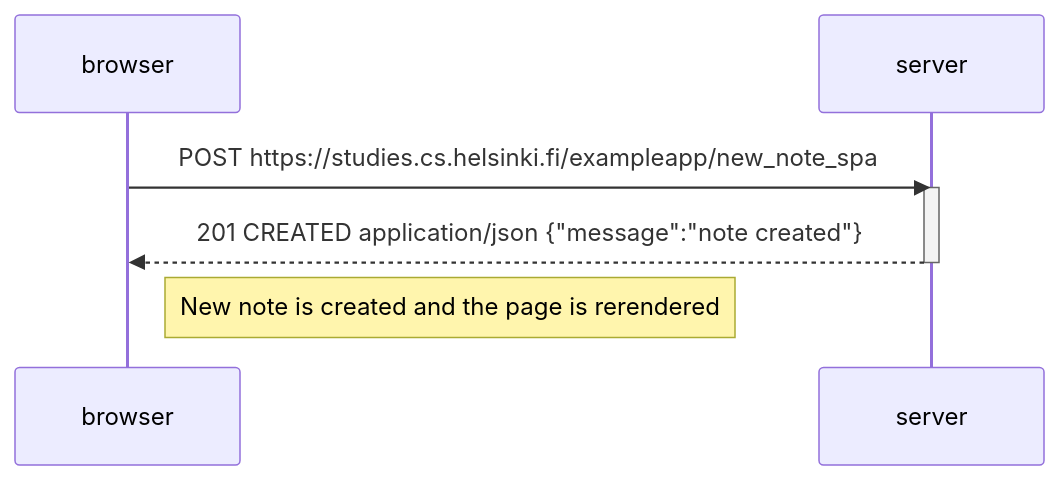
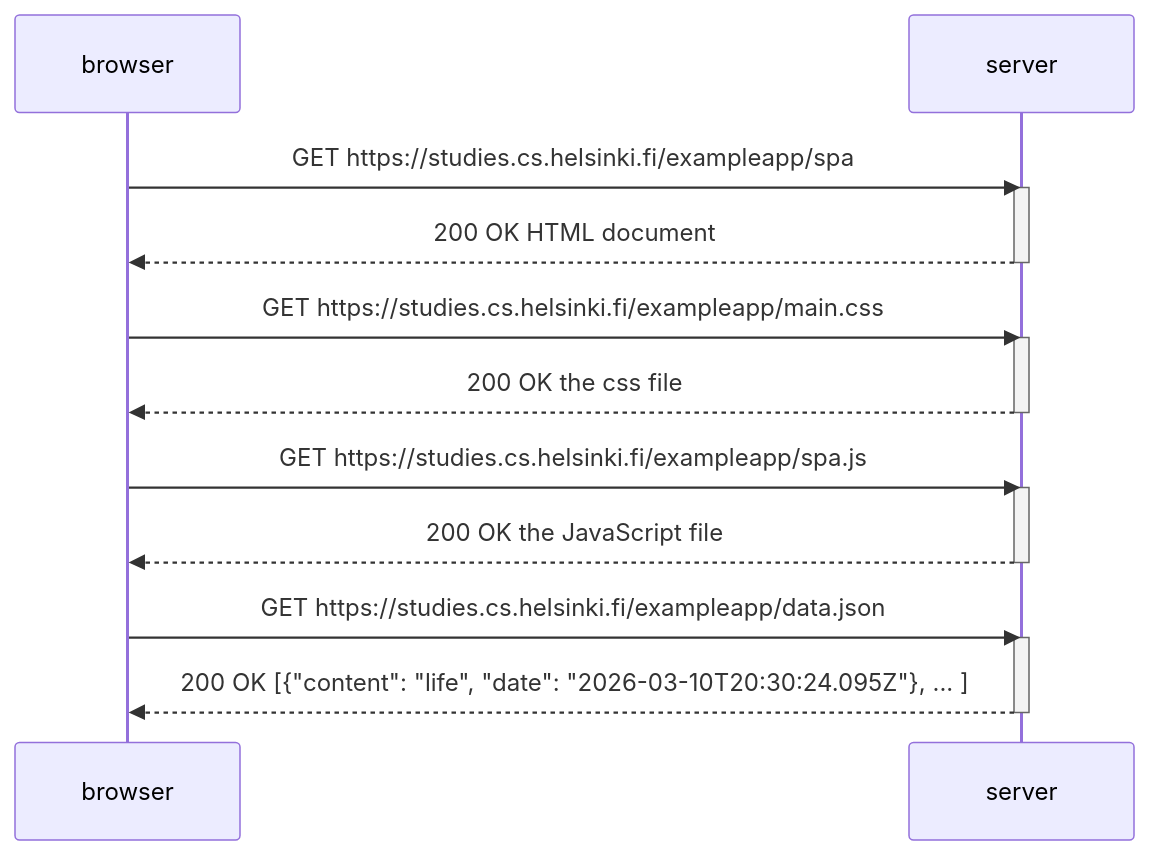
Before and after one commit to mariia-lavreniuk-ocl/full-stack-open-course: the diagram in part0/ex-5-single-page-app-diagram/sequenceDiagram.md, drawn with Mermaid. The commit also changed 1 other file, not shown here.

Commit message:
part 0.5 edited

````diff
--- a/part0/ex-5-single-page-app-diagram/sequenceDiagram.md
+++ b/part0/ex-5-single-page-app-diagram/sequenceDiagram.md
@@ -1,12 +1,25 @@
 ```mermaid
 sequenceDiagram
     participant browser
     participant server
 
-    browser->>server: POST https://studies.cs.helsinki.fi/exampleapp/new_note_spa
+    browser->>server: GET https://studies.cs.helsinki.fi/exampleapp/spa
     activate server
-    server-->>browser: 201 CREATED application/json {"message":"note created"}
+    server-->>browser: 200 OK HTML document
     deactivate server
 
-    Note right of browser: New note is created and the page is rerendered
+    browser->>server: GET https://studies.cs.helsinki.fi/exampleapp/main.css
+    activate server
+    server-->>browser: 200 OK the css file
+    deactivate server
+
+    browser->>server: GET https://studies.cs.helsinki.fi/exampleapp/spa.js
+    activate server
+    server-->>browser: 200 OK the JavaScript file
+    deactivate server
+
+    browser->>server: GET https://studies.cs.helsinki.fi/exampleapp/data.json
+    activate server
+    server-->>browser: 200 OK [{"content": "life", "date": "2026-03-10T20:30:24.095Z"}, ... ]
+    deactivate server
 ```
````
